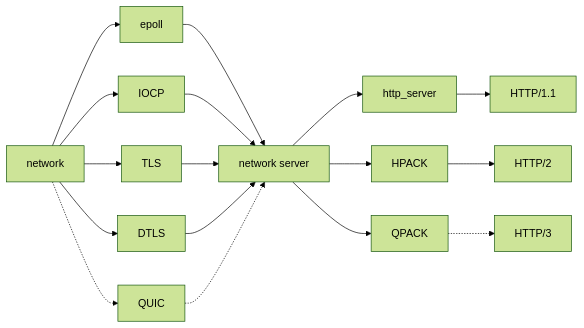
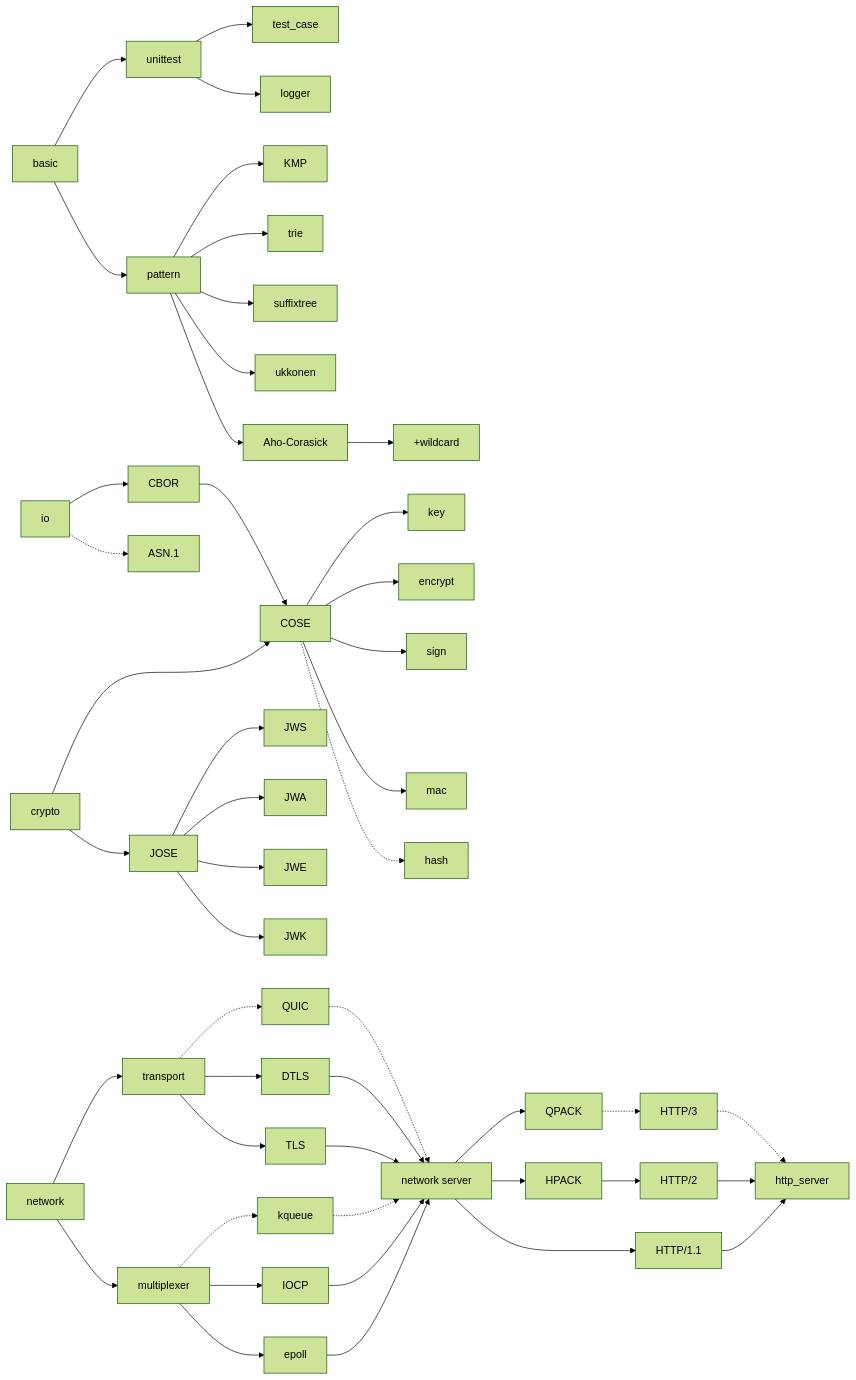
The diagram in DEVNOTES.md (princeb612/hotplace), drawn with Mermaid (forest theme) before and after one commit. The commit also changed other lines of this file and 33 other files, not shown here.

````diff
--- a/DEVNOTES.md
+++ b/DEVNOTES.md
@@ -53,20 +18,106 @@
 ```mermaid
 flowchart LR
-  A[network] --> A1[epoll];
-  A --> A2[IOCP];
-  A --> A3[TLS];
-  A --> A4[DTLS];
-  A -.-> A5[QUIC];
-  A1 --> B;
-  A2 --> B;
-  A3 --> B;
-  A4 --> B;
-  A5 -.-> B;
-  B[network server];
-  B --> C1[http_server];
-  C1 --> C2[HTTP/1.1];
-  B --> D1[HPACK];
-  D1 --> D2[HTTP/2];
-  B --> E1[QPACK];
-  E1 -.-> E2[HTTP/3];
+  A[basic];
+
+  AA[unittest];
+  AB[pattern];
+  A --> AA;
+  A --> AB;
+
+  AA1[test_case];
+  AA2[logger];
+  AB1[KMP];
+  AB2[trie];
+  AB3[suffixtree];
+  AB4[ukkonen];
+  AB5[Aho-Corasick];
+  AB51[+wildcard];
+  AA --> AA1;
+  AA --> AA2;
+  AB --> AB1;
+  AB --> AB2;
+  AB --> AB3;
+  AB --> AB4;
+  AB --> AB5;
+  AB5 --> AB51;
+
+  B[io];
+
+  BA[CBOR];
+  BB[ASN.1];
+  B --> BA;
+  B -.-> BB;
+
+  C[crypto];
+
+  CA[JOSE];
+  CB[COSE];
+  C --> CA;
+  C ---> CB;
+  BA --> CB;
+
+  CA1[JWS];
+  CA2[JWA];
+  CA3[JWE];
+  CA4[JWK];
+  CA --> CA1;
+  CA --> CA2;
+  CA --> CA3;
+  CA --> CA4;
+
+  CB1[key];
+  CB2[encrypt];
+  CB3[sign];
+  CB4[mac];
+  CB5[hash];
+  CB --> CB1;
+  CB --> CB2;
+  CB --> CB3;
+  CB --> CB4;
+  CB -.-> CB5;
+
+  D[network];
+
+  DA[multiplexer];
+  DB[transport];
+  D --> DA;
+  D --> DB;
+
+  DA1[epoll];
+  DA2[IOCP];
+  DA3[kqueue];
+  DA --> DA1;
+  DA --> DA2;
+  DA -.-> DA3;
+
+  DB1[TLS];
+  DB2[DTLS];
+  DB3[QUIC];
+  DB --> DB1;
+  DB --> DB2;
+  DB -.-> DB3;
+  DA1 --> DC;
+  DA2 --> DC;
+  DA3 -.-> DC;
+  DB1 --> DC;
+  DB2 --> DC;
+  DB3 -.-> DC;
+
+  DC[network server];
+  DC1[HTTP/1.1];
+  DC2[HPACK];
+  DC3[HTTP/2];
+  DC4[QPACK];
+  DC5[HTTP/3];
+
+  DC --> DC1;
+  DC --> DC2;
+  DC2 --> DC3;
+  DC --> DC4;
+  DC4 -.-> DC5;
+
+  DD[http_server];
+  DC1 --> DD;
+  DC3 --> DD;
+  DC5 -.-> DD;
 ```
````
